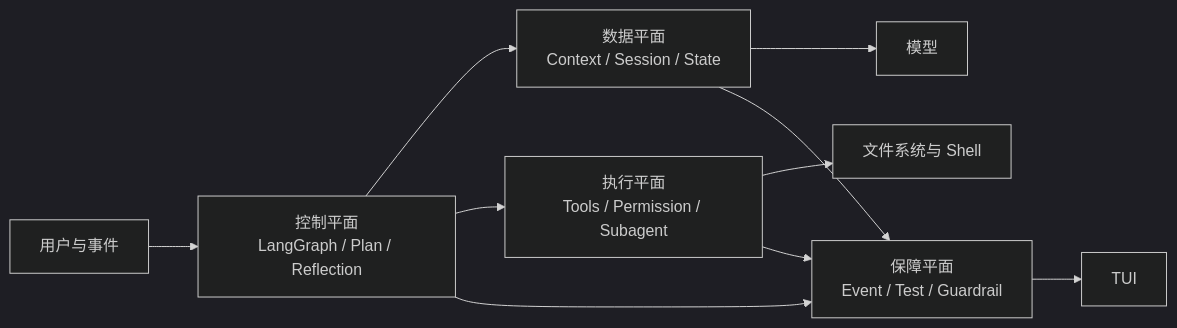
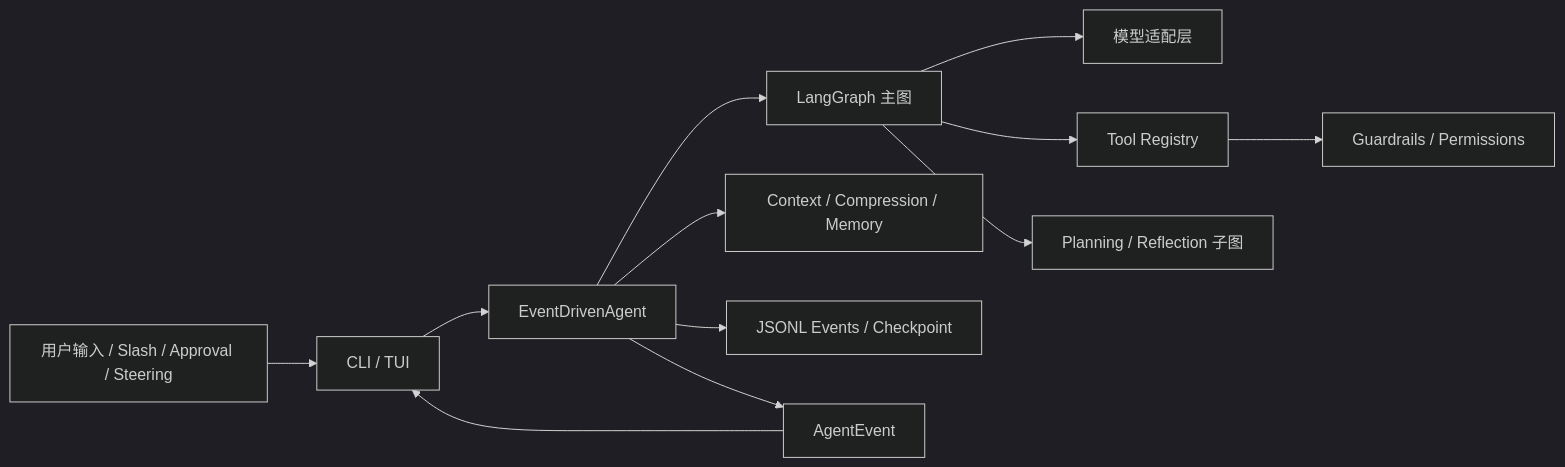
One commit to universero/InnoAgent changed the diagram in assert/knowledge/README.md. Above: the diagram before and after it, drawn with Mermaid (dark theme). The commit also changed other lines of this file and 11 other files, not shown here.

Commit message:
docs: document InnoAgent module architecture

````diff
--- a/assert/knowledge/README.md
+++ b/assert/knowledge/README.md
@@ -7,12 +15,14 @@
 ```mermaid
 flowchart LR
-    U[用户与事件] --> C[控制平面<br/>LangGraph / Plan / Reflection]
-    C --> D[数据平面<br/>Context / Session / State]
-    C --> E[执行平面<br/>Tools / Permission / Subagent]
-    D --> M[模型]
-    E --> W[文件系统与 Shell]
-    C --> V[保障平面<br/>Event / Test / Guardrail]
-    D --> V
-    E --> V
-    V --> T[TUI]
+    User[用户输入 / Slash / Approval / Steering] --> View[CLI / TUI]
+    View --> Runtime[EventDrivenAgent]
+    Runtime --> Graph[LangGraph 主图]
+    Graph --> Model[模型适配层]
+    Graph --> Tools[Tool Registry]
+    Tools --> Guards[Guardrails / Permissions]
+    Graph --> Stages[Planning / Reflection 子图]
+    Runtime --> Context[Context / Compression / Memory]
+    Runtime --> Session[JSONL Events / Checkpoint]
+    Runtime --> EventBus[AgentEvent]
+    EventBus --> View
 ```
````
